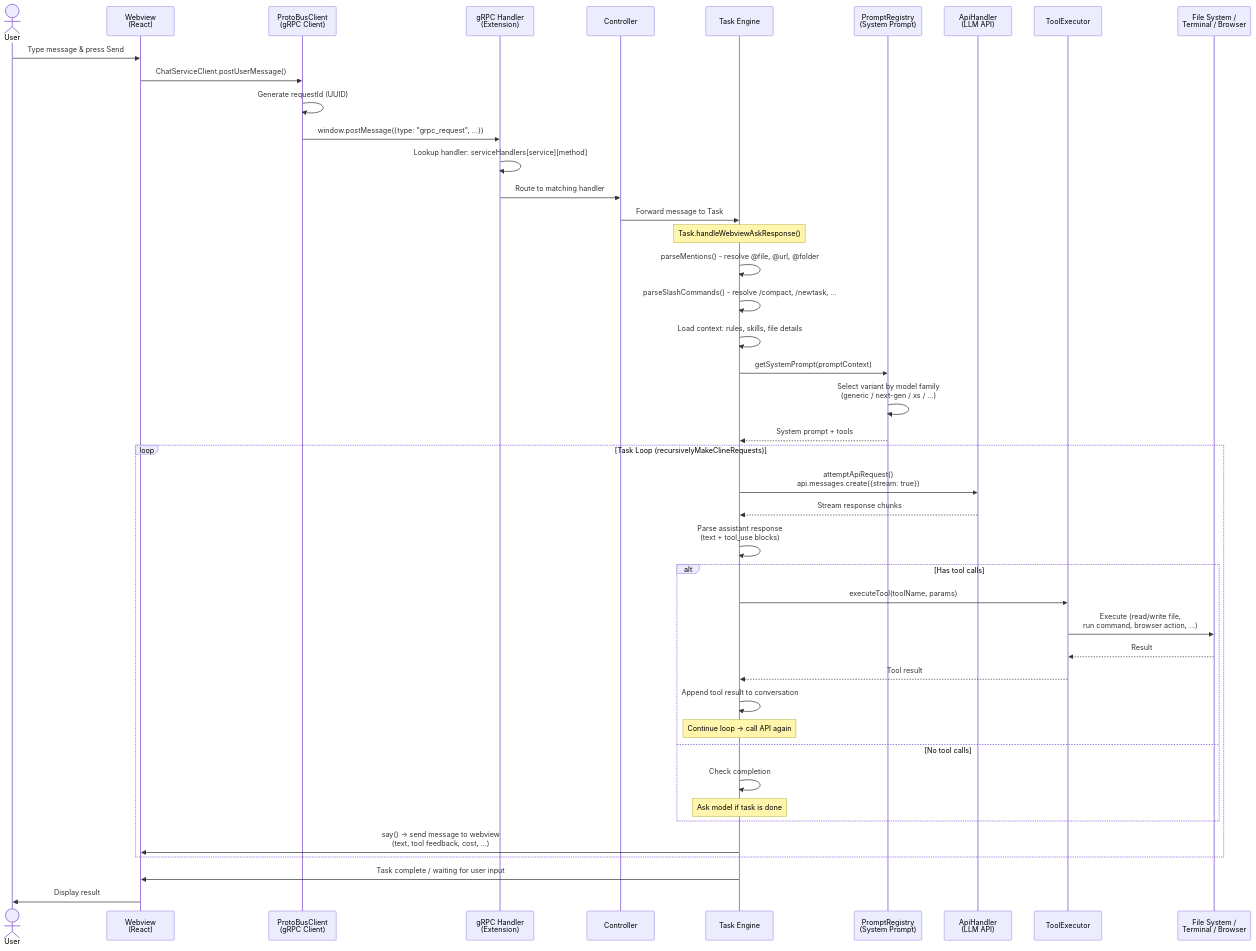
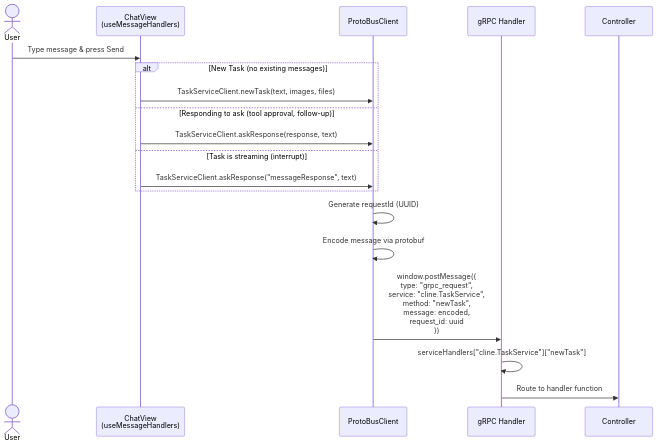
One commit to TungND2k2/Milo-ai changed the second of 15 diagrams in README.md. Above: the diagram before and after it, drawn with Mermaid. The commit also changed other lines of this file, not shown here.

````diff
--- a/README.md
+++ b/README.md
@@ -99,56 +87,25 @@
 ```mermaid
 sequenceDiagram
     actor User
-    participant WV as Webview<br/>(React)
-    participant PB as ProtoBusClient<br/>(gRPC Client)
-    participant GH as gRPC Handler<br/>(Extension)
+    participant Chat as ChatView<br/>(useMessageHandlers)
+    participant PB as ProtoBusClient
+    participant GH as gRPC Handler
     participant CTRL as Controller
-    participant TASK as Task Engine
-    participant SP as PromptRegistry<br/>(System Prompt)
-    participant API as ApiHandler<br/>(LLM API)
-    participant TE as ToolExecutor
-    participant FS as File System /<br/>Terminal / Browser
 
-    User->>WV: Type message & press Send
-    WV->>PB: ChatServiceClient.postUserMessage()
-    PB->>PB: Generate requestId (UUID)
-    PB->>GH: window.postMessage({type: "grpc_request", ...})
+    User->>Chat: Type message & press Send
 
-    GH->>GH: Lookup handler: serviceHandlers[service][method]
-    GH->>CTRL: Route to matching handler
-    CTRL->>TASK: Forward message to Task
-
-    Note over TASK: Task.handleWebviewAskResponse()
-
-    TASK->>TASK: parseMentions() - resolve @file, @url, @folder
-    TASK->>TASK: parseSlashCommands() - resolve /compact, /newtask, ...
-    TASK->>TASK: Load context: rules, skills, file details
-
-    TASK->>SP: getSystemPrompt(promptContext)
-    SP->>SP: Select variant by model family<br/>(generic / next-gen / xs / ...)
-    SP-->>TASK: System prompt + tools
-
-    loop Task Loop (recursivelyMakeClineRequests)
-        TASK->>API: attemptApiRequest()<br/>api.messages.create({stream: true})
-        API-->>TASK: Stream response chunks
-
-        TASK->>TASK: Parse assistant response<br/>(text + tool_use blocks)
-
-        alt Has tool calls
-            TASK->>TE: executeTool(toolName, params)
-            TE->>FS: Execute (read/write file,<br/>run command, browser action, ...)
-            FS-->>TE: Result
-            TE-->>TASK: Tool result
-            TASK->>TASK: Append tool result to conversation
-            Note over TASK: Continue loop -> call API again
-        else No tool calls
-            TASK->>TASK: Check completion
-            Note over TASK: Ask model if task is done
-        end
-
-        TASK->>WV: say() -> send message to webview<br/>(text, tool feedback, cost, ...)
+    alt New Task (no existing messages)
+        Chat->>PB: TaskServiceClient.newTask(text, images, files)
+    else Responding to ask (tool approval, follow-up)
+        Chat->>PB: TaskServiceClient.askResponse(response, text)
+    else Task is streaming (interrupt)
+        Chat->>PB: TaskServiceClient.askResponse("messageResponse", text)
     end
 
-    TASK->>WV: Task complete / waiting for user input
-    WV->>User: Display result
+    PB->>PB: Generate requestId (UUID)
+    PB->>PB: Encode message via protobuf
+    PB->>GH: window.postMessage({<br/>  type: "grpc_request",<br/>  service: "cline.TaskService",<br/>  method: "newTask",<br/>  message: encoded,<br/>  request_id: uuid<br/>})
+
+    GH->>GH: serviceHandlers["cline.TaskService"]["newTask"]
+    GH->>CTRL: Route to handler function
 ```
````
